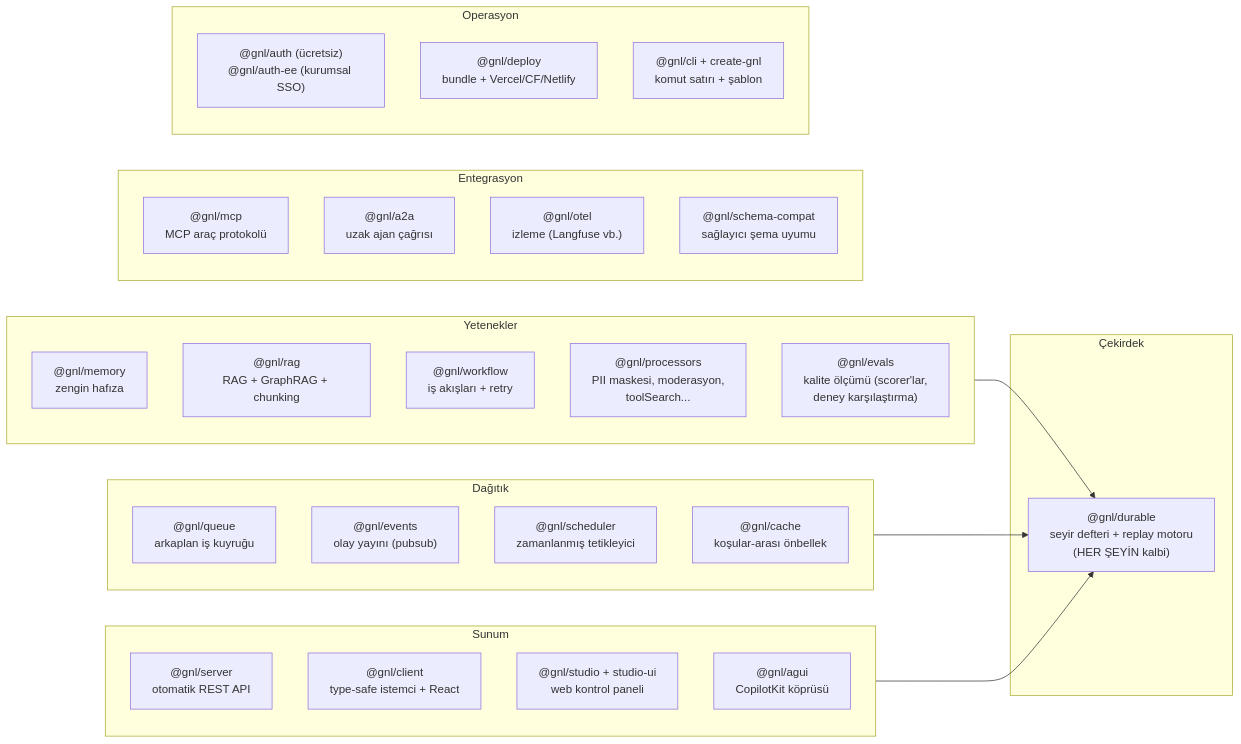
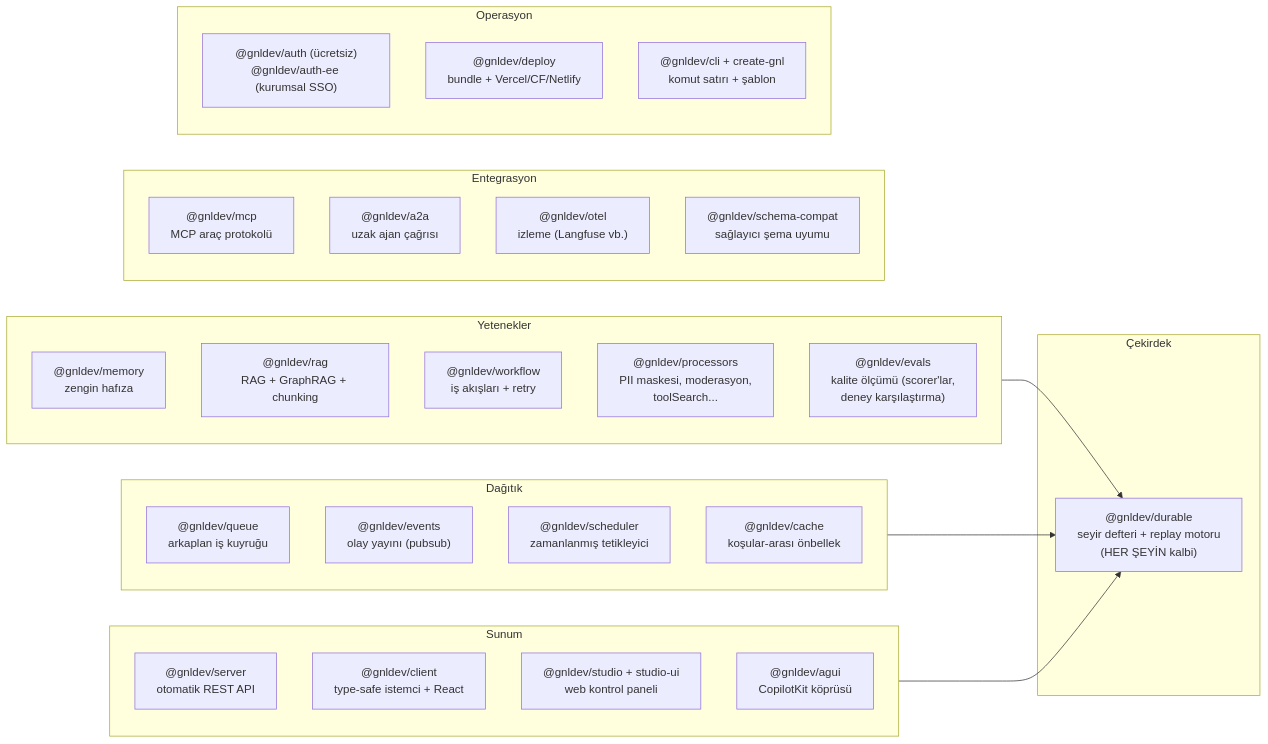
One commit to Karaca7/gnldev changed the fourth of 10 diagrams in docs/GUIDE.tr.md. Above: the diagram before and after it, drawn with Mermaid. The commit also changed other lines of this file and 340 other files, not shown here.

First line of the commit message:
refactor: rename the npm scope from @gnl to @gnldev

````diff
--- a/docs/GUIDE.tr.md
+++ b/docs/GUIDE.tr.md
@@ -255,39 +255,39 @@
 ```mermaid
 graph LR
     subgraph Çekirdek
-        durable["@gnl/durable<br/>seyir defteri + replay motoru<br/>(HER ŞEYİN kalbi)"]
+        durable["@gnldev/durable<br/>seyir defteri + replay motoru<br/>(HER ŞEYİN kalbi)"]
     end
     subgraph Yetenekler
-        memory["@gnl/memory<br/>zengin hafıza"]
-        rag["@gnl/rag<br/>RAG + GraphRAG + chunking"]
-        workflow["@gnl/workflow<br/>iş akışları + retry"]
-        processors["@gnl/processors<br/>PII maskesi, moderasyon,<br/>toolSearch..."]
-        evals["@gnl/evals<br/>kalite ölçümü (scorer'lar,<br/>deney karşılaştırma)"]
+        memory["@gnldev/memory<br/>zengin hafıza"]
+        rag["@gnldev/rag<br/>RAG + GraphRAG + chunking"]
+        workflow["@gnldev/workflow<br/>iş akışları + retry"]
+        processors["@gnldev/processors<br/>PII maskesi, moderasyon,<br/>toolSearch..."]
+        evals["@gnldev/evals<br/>kalite ölçümü (scorer'lar,<br/>deney karşılaştırma)"]
     end
     subgraph Dağıtık
-        queue["@gnl/queue<br/>arkaplan iş kuyruğu"]
-        events["@gnl/events<br/>olay yayını (pubsub)"]
-        scheduler["@gnl/scheduler<br/>zamanlanmış tetikleyici"]
-        cache["@gnl/cache<br/>koşular-arası önbellek"]
+        queue["@gnldev/queue<br/>arkaplan iş kuyruğu"]
+        events["@gnldev/events<br/>olay yayını (pubsub)"]
+        scheduler["@gnldev/scheduler<br/>zamanlanmış tetikleyici"]
+        cache["@gnldev/cache<br/>koşular-arası önbellek"]
     end
     subgraph Sunum
-        server["@gnl/server<br/>otomatik REST API"]
-        client["@gnl/client<br/>type-safe istemci + React"]
-        studio["@gnl/studio + studio-ui<br/>web kontrol paneli"]
-        agui["@gnl/agui<br/>CopilotKit köprüsü"]
+        server["@gnldev/server<br/>otomatik REST API"]
+        client["@gnldev/client<br/>type-safe istemci + React"]
+        studio["@gnldev/studio + studio-ui<br/>web kontrol paneli"]
+        agui["@gnldev/agui<br/>CopilotKit köprüsü"]
     end
     subgraph Entegrasyon
-        mcp["@gnl/mcp<br/>MCP araç protokolü"]
-        a2a["@gnl/a2a<br/>uzak ajan çağrısı"]
-        otel["@gnl/otel<br/>izleme (Langfuse vb.)"]
-        schema["@gnl/schema-compat<br/>sağlayıcı şema uyumu"]
+        mcp["@gnldev/mcp<br/>MCP araç protokolü"]
+        a2a["@gnldev/a2a<br/>uzak ajan çağrısı"]
+        otel["@gnldev/otel<br/>izleme (Langfuse vb.)"]
+        schema["@gnldev/schema-compat<br/>sağlayıcı şema uyumu"]
     end
     subgraph Operasyon
-        auth["@gnl/auth (ücretsiz)<br/>@gnl/auth-ee (kurumsal SSO)"]
-        deploy["@gnl/deploy<br/>bundle + Vercel/CF/Netlify"]
-        cli["@gnl/cli + create-gnl<br/>komut satırı + şablon"]
+        auth["@gnldev/auth (ücretsiz)<br/>@gnldev/auth-ee (kurumsal SSO)"]
+        deploy["@gnldev/deploy<br/>bundle + Vercel/CF/Netlify"]
+        cli["@gnldev/cli + create-gnl<br/>komut satırı + şablon"]
     end
     Yetenekler --> durable
     Dağıtık --> durable
     Sunum --> durable
 ```
````
